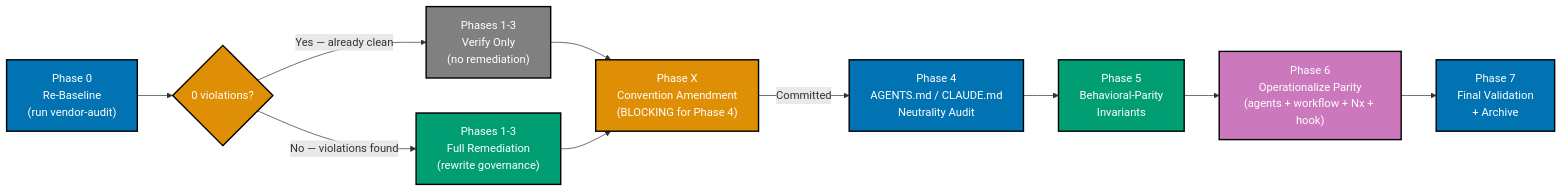
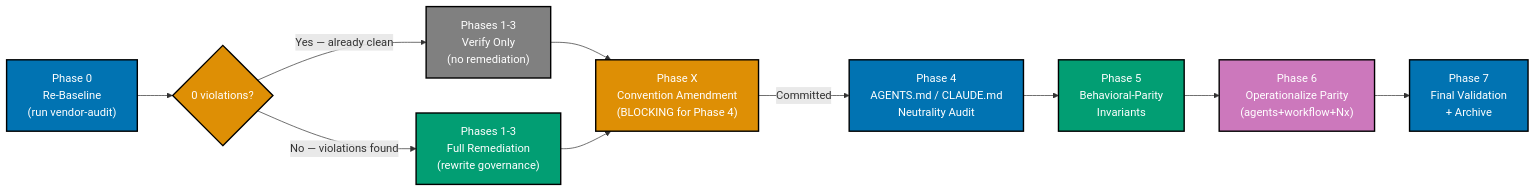
One commit to wahidyankf/open-sharia-enterprise changed the diagram in plans/done/2026-05-03__cross-vendor-agent-parity/tech-docs.md. Above: the diagram before and after it, drawn with Mermaid. The commit also changed 17 other files, not shown here.

First line of the commit message:
fix(mermaid): fix pre-existing diagram violations exposed by changed-only gate

````diff
--- a/plans/done/2026-05-03__cross-vendor-agent-parity/tech-docs.md
+++ b/plans/done/2026-05-03__cross-vendor-agent-parity/tech-docs.md
@@ -50,31 +50,31 @@
 ```mermaid
 %% Color Palette: Blue #0173B2, Orange #DE8F05, Teal #029E73, Gray #808080, Purple #CC78BC
 %% All colors are color-blind friendly and meet WCAG AA contrast standards
 
 flowchart LR
     P0["Phase 0\nRe-Baseline\n#40;run vendor-audit#41;"]:::blue
     DEC{"0 violations?"}:::orange
     P1V["Phases 1-3\nVerify Only\n#40;no remediation#41;"]:::gray
     P13["Phases 1-3\nFull Remediation\n#40;rewrite governance#41;"]:::teal
     PX["Phase X\nConvention Amendment\n#40;BLOCKING for Phase 4#41;"]:::orange
     P4["Phase 4\nAGENTS.md / CLAUDE.md\nNeutrality Audit"]:::blue
     P5["Phase 5\nBehavioral-Parity\nInvariants"]:::teal
-    P6["Phase 6\nOperationalize Parity\n#40;agents + workflow + Nx + hook#41;"]:::purple
+    P6["Phase 6\nOperationalize Parity\n(agents+workflow+Nx)"]:::purple
     P7["Phase 7\nFinal Validation\n+ Archive"]:::blue
 
     P0 --> DEC
     DEC -->|"Yes — already clean"| P1V
     DEC -->|"No — violations found"| P13
     P1V --> PX
     P13 --> PX
     PX -->|"Committed"| P4
     P4 --> P5
     P5 --> P6
     P6 --> P7
 
     classDef blue fill:#0173B2,stroke:#000000,color:#FFFFFF,stroke-width:2px
     classDef orange fill:#DE8F05,stroke:#000000,color:#FFFFFF,stroke-width:2px
     classDef teal fill:#029E73,stroke:#000000,color:#FFFFFF,stroke-width:2px
     classDef gray fill:#808080,stroke:#000000,color:#FFFFFF,stroke-width:2px
     classDef purple fill:#CC78BC,stroke:#000000,color:#FFFFFF,stroke-width:2px
 ```
````
